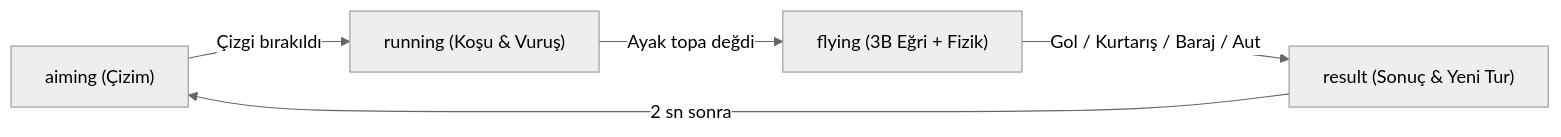
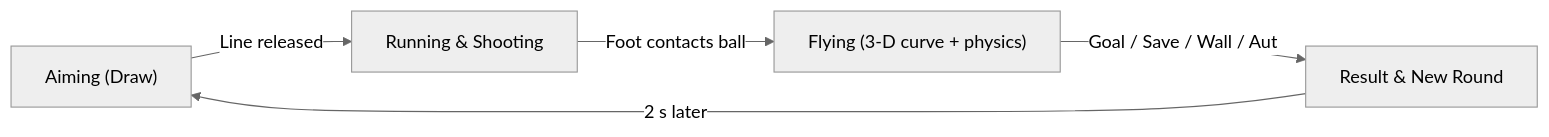
Before and after one commit to sunman54/Goller: the diagram in README.md, drawn with Mermaid (neutral theme). The commit also changed other lines of this file, not shown here.

````diff
--- a/README.md
+++ b/README.md
@@ -50,7 +46,7 @@
 ```mermaid
 flowchart LR
-    A["aiming (Çizim)"] -->|"Çizgi bırakıldı"| B["running (Koşu & Vuruş)"]
-    B -->|"Ayak topa değdi"| C["flying (3B Eğri + Fizik)"]
-    C -->|"Gol / Kurtarış / Baraj / Aut"| D["result (Sonuç & Yeni Tur)"]
-    D -->|"2 sn sonra"| A
+    A["Aiming (Draw)" ] -->|"Line released"| B["Running & Shooting"]
+    B -->|"Foot contacts ball"| C["Flying (3‑D curve + physics)"]
+    C -->|"Goal / Save / Wall / Aut"| D["Result & New Round"]
+    D -->|"2 s later"| A
 ```
````
